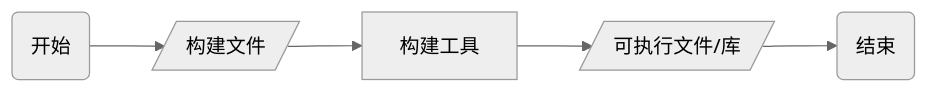
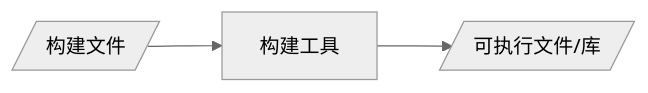
One commit to dmjcb/dmjcb.github.io changed the fourth of 9 diagrams in _posts/software/build_tool/cmake/2024-10-22-使用.md. Above: the diagram before and after it, drawn with Mermaid (neutral theme). The commit also changed other lines of this file and 4 other files, not shown here.

````diff
--- a/_posts/software/build_tool/cmake/2024-10-22-使用.md
+++ b/_posts/software/build_tool/cmake/2024-10-22-使用.md
@@ -141,4 +141,4 @@
 ```mermaid
 graph LR;
-    X(开始)-->A[/构建文件/]-->B[构建工具]-->C[/可执行文件/库/]-->Z(结束)
+    A[/构建文件/]-->B[构建工具]-->C[/可执行文件/库/]
 ```
````
